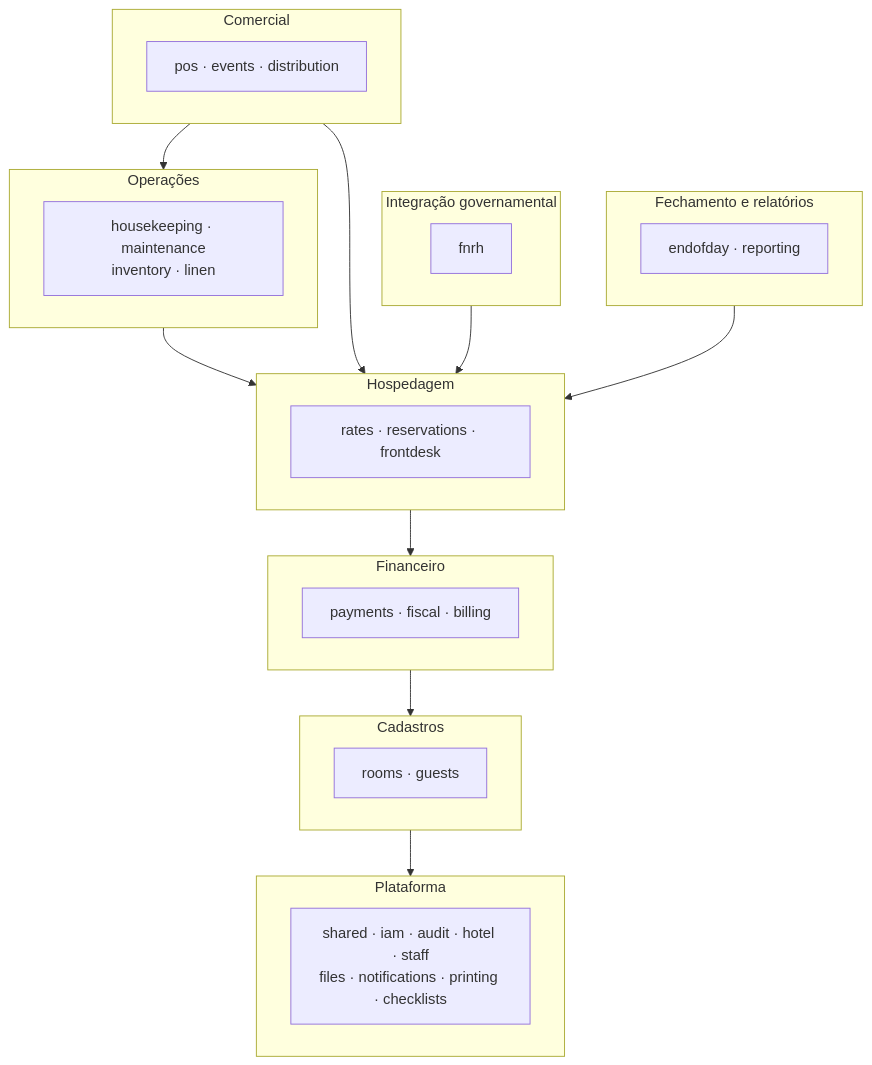
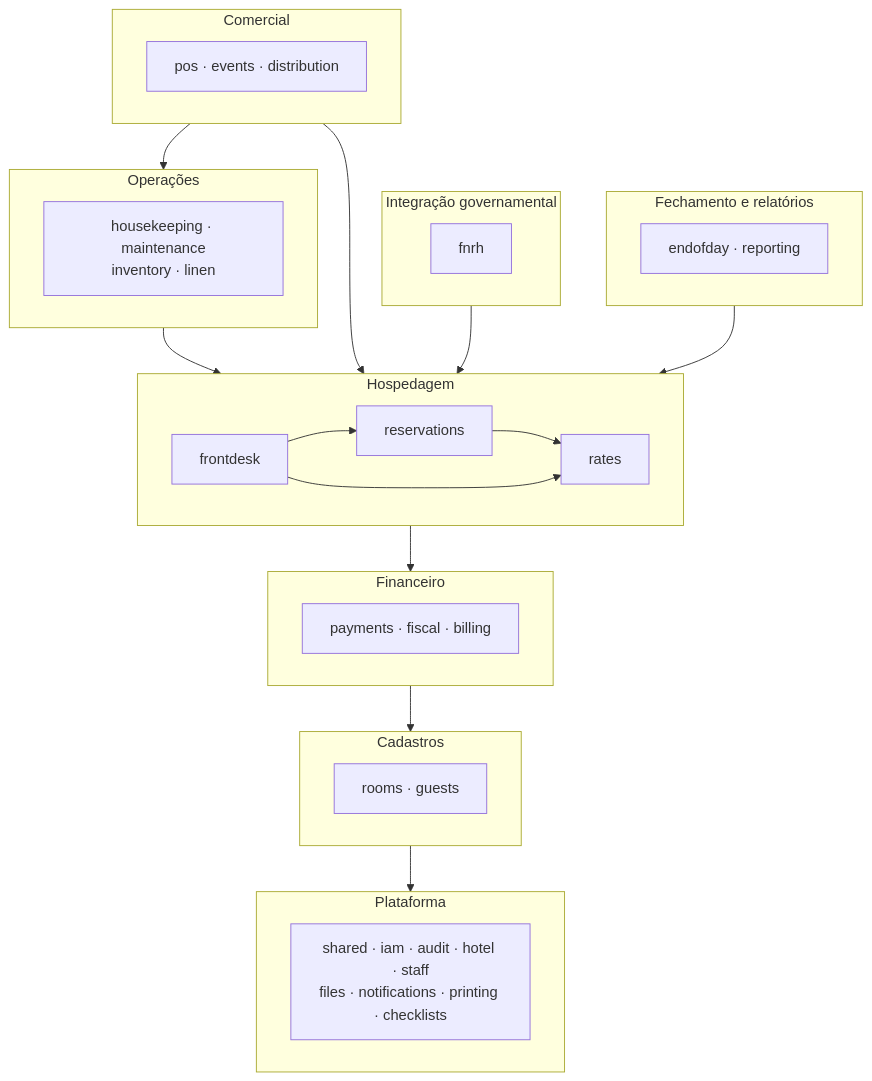
The second of 6 diagrams in docs/ARCHITECTURE.md (caiocdias/ZenyHotelManager), drawn with Mermaid before and after one commit. The commit also changed other lines of this file, not shown here.

First line of the commit message:
Registra na ARCHITECTURE a ordem da Hospedagem e o segredo da credencial

````diff
--- a/docs/ARCHITECTURE.md
+++ b/docs/ARCHITECTURE.md
@@ -159,36 +161,37 @@
 ```mermaid
 flowchart TB
   subgraph PLAT["Plataforma"]
     plat_m["shared · iam · audit · hotel · staff<br/>files · notifications · printing · checklists"]
   end
   subgraph CAD["Cadastros"]
     cad_m["rooms · guests"]
   end
   subgraph FIN["Financeiro"]
     fin_m["payments · fiscal · billing"]
   end
   subgraph HOSP["Hospedagem"]
-    hosp_m["rates · reservations · frontdesk"]
+    hosp_fd["frontdesk"] --> hosp_res["reservations"] --> hosp_rat["rates"]
+    hosp_fd --> hosp_rat
   end
   subgraph OPS["Operações"]
     ops_m["housekeeping · maintenance<br/>inventory · linen"]
   end
   subgraph COM["Comercial"]
     com_m["pos · events · distribution"]
   end
   subgraph GOVI["Integração governamental"]
     gov_m["fnrh"]
   end
   subgraph FEC["Fechamento e relatórios"]
     fec_m["endofday · reporting"]
   end
 
   CAD --> PLAT
   FIN --> CAD
   HOSP --> FIN
   OPS --> HOSP
   COM --> OPS
   COM --> HOSP
   GOVI --> HOSP
   FEC --> HOSP
 ```
````
